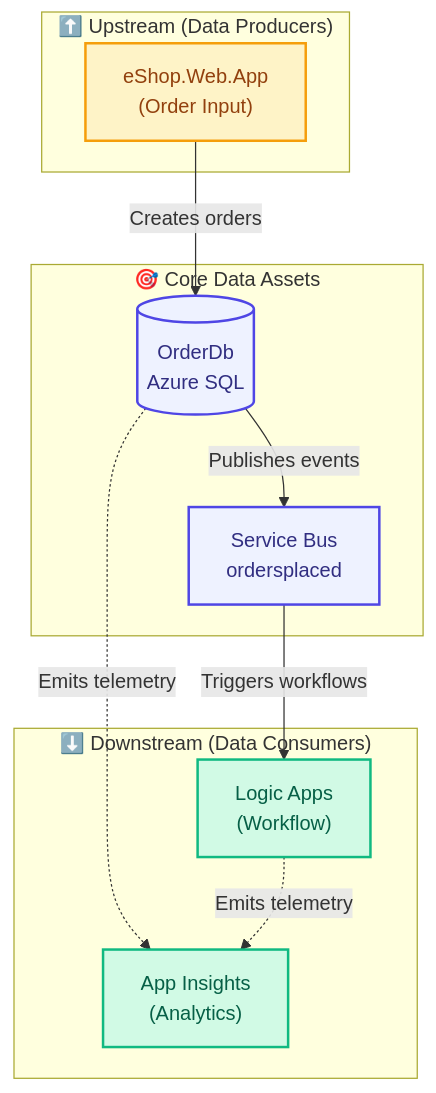
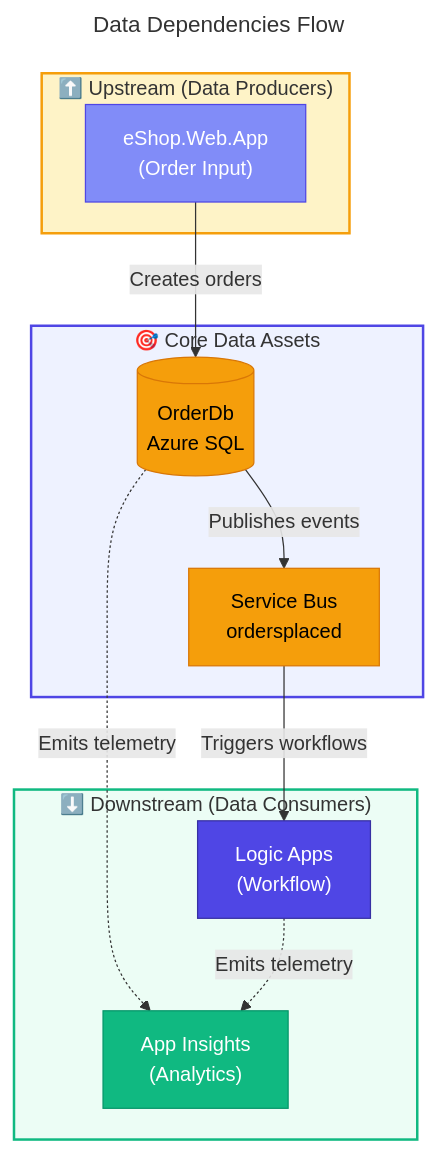
The ninth of 9 diagrams in docs/architecture/02-data-architecture.md (Evilazaro/Azure-LogicApps-Monitoring), drawn with Mermaid before and after one commit. The commit also changed other lines of this file, not shown here.

Commit message:
docs: Add titles and enhance styling for mermaid diagrams in telemetry and data dependencies sections for improved clarity and organization

````diff
--- a/docs/architecture/02-data-architecture.md
+++ b/docs/architecture/02-data-architecture.md
@@ -525,33 +562,48 @@
 ```mermaid
+---
+title: Data Dependencies Flow
+---
 flowchart TD
-    %% Data Dependencies - Shows upstream/downstream data flow relationships
+    %% ===== CLASS DEFINITIONS =====
+    classDef primary fill:#4F46E5,stroke:#3730A3,color:#FFFFFF
+    classDef secondary fill:#10B981,stroke:#059669,color:#FFFFFF
+    classDef datastore fill:#F59E0B,stroke:#D97706,color:#000000
+    classDef external fill:#6B7280,stroke:#4B5563,color:#FFFFFF,stroke-dasharray: 5 5
+    classDef failed fill:#F44336,stroke:#C62828,color:#FFFFFF
+    classDef trigger fill:#818CF8,stroke:#4F46E5,color:#FFFFFF
+    classDef decision fill:#FFFBEB,stroke:#F59E0B,color:#000000
+    classDef input fill:#F3F4F6,stroke:#6B7280,color:#000000
+
+    %% ===== UPSTREAM =====
     subgraph Upstream["⬆️ Upstream (Data Producers)"]
         WebApp["eShop.Web.App<br/>(Order Input)"]
     end
+    style Upstream fill:#FEF3C7,stroke:#F59E0B,stroke-width:2px
 
+    %% ===== CORE DATA ASSETS =====
     subgraph Core["🎯 Core Data Assets"]
         OrderDb[("OrderDb<br/>Azure SQL")]
         EventBus["Service Bus<br/>ordersplaced"]
     end
+    style Core fill:#EEF2FF,stroke:#4F46E5,stroke-width:2px
 
+    %% ===== DOWNSTREAM =====
     subgraph Downstream["⬇️ Downstream (Data Consumers)"]
         LogicApp["Logic Apps<br/>(Workflow)"]
         AppInsights["App Insights<br/>(Analytics)"]
     end
+    style Downstream fill:#ECFDF5,stroke:#10B981,stroke-width:2px
 
-    %% Data flow connections
+    %% ===== DATA FLOW CONNECTIONS =====
     WebApp -->|"Creates orders"| OrderDb
     OrderDb -->|"Publishes events"| EventBus
     EventBus -->|"Triggers workflows"| LogicApp
     OrderDb -.->|"Emits telemetry"| AppInsights
     LogicApp -.->|"Emits telemetry"| AppInsights
 
-    %% Modern color palette - WCAG AA compliant
-    classDef upstream fill:#FEF3C7,stroke:#F59E0B,stroke-width:2px,color:#92400E
-    classDef core fill:#EEF2FF,stroke:#4F46E5,stroke-width:2px,color:#312E81
-    classDef downstream fill:#D1FAE5,stroke:#10B981,stroke-width:2px,color:#065F46
-
-    class WebApp upstream
-    class OrderDb,EventBus core
-    class LogicApp,AppInsights downstream
+    %% ===== APPLY CLASSES =====
+    class WebApp trigger
+    class OrderDb,EventBus datastore
+    class LogicApp primary
+    class AppInsights secondary
 ```
````
